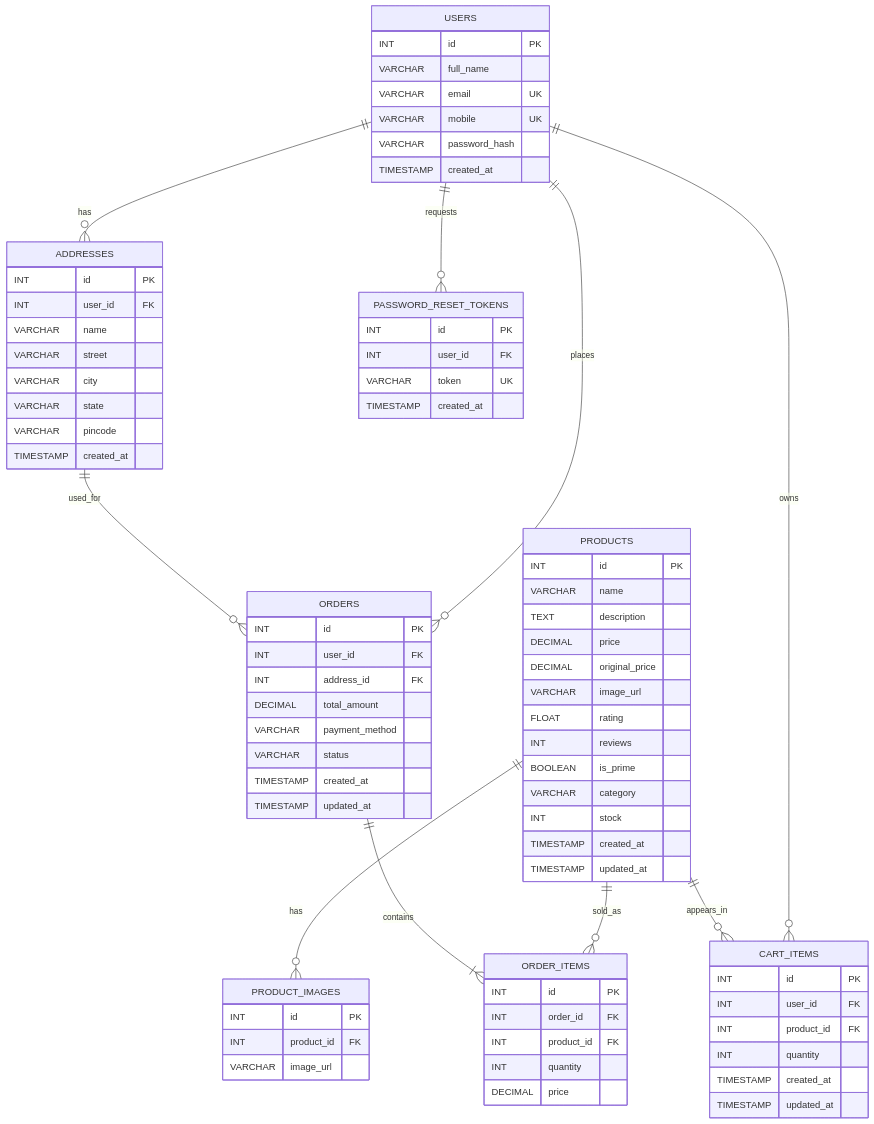
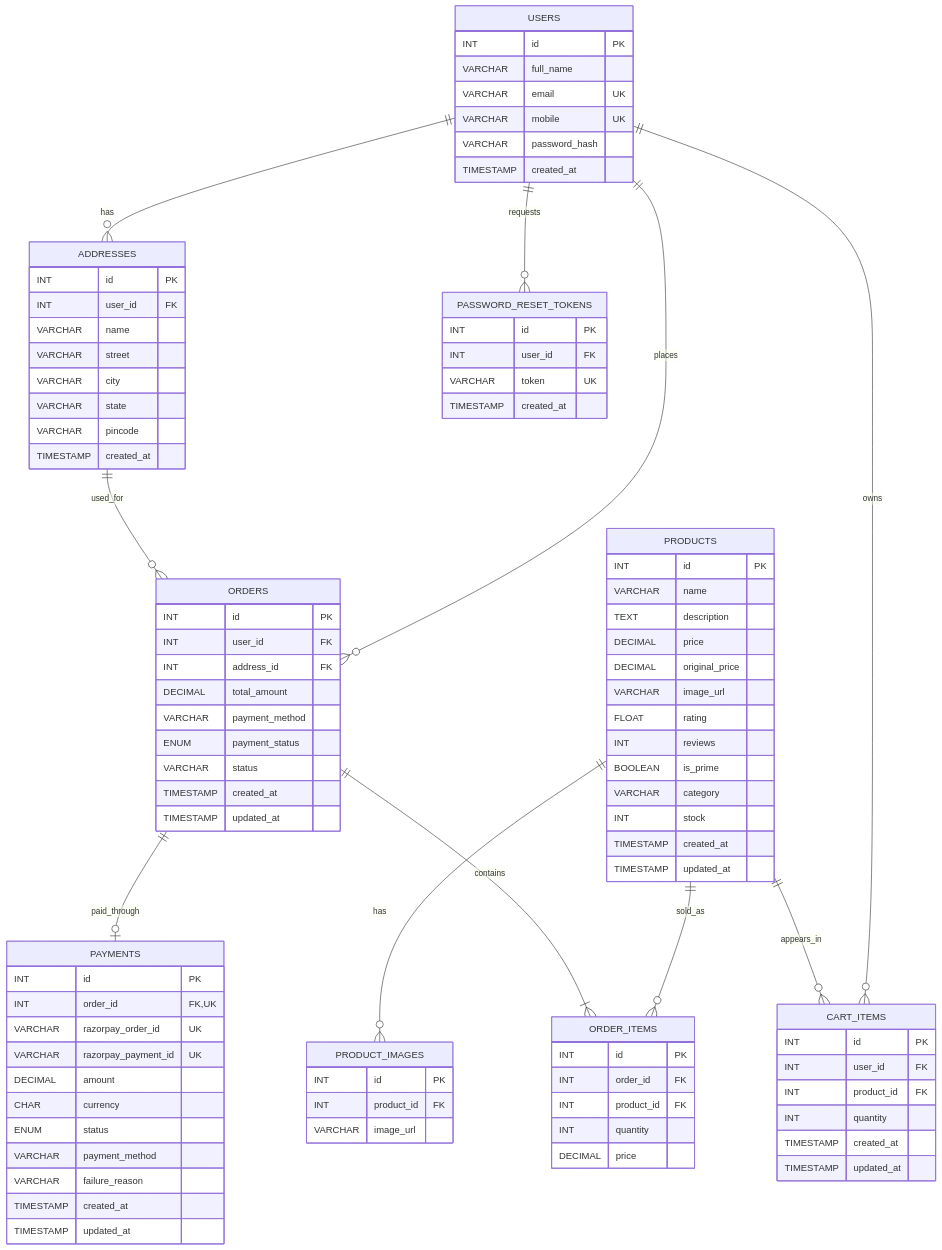
Before and after one commit to Debashish2005/Shopzi: the diagram in docs/er-diagram.md, drawn with Mermaid. The commit also changed other lines of this file and 12 other files, not shown here.

Commit message:
Add Razorpay test payment checkout

```diff
--- a/docs/er-diagram.md
+++ b/docs/er-diagram.md
@@ -11,6 +11,7 @@
     PRODUCTS ||--o{ ORDER_ITEMS : sold_as
     ADDRESSES ||--o{ ORDERS : used_for
     ORDERS ||--|{ ORDER_ITEMS : contains
+    ORDERS ||--o| PAYMENTS : paid_through
 
     USERS {
         INT id PK
@@ -69,6 +70,7 @@
         INT address_id FK
         DECIMAL total_amount
         VARCHAR payment_method
+        ENUM payment_status
         VARCHAR status
         TIMESTAMP created_at
         TIMESTAMP updated_at
@@ -82,6 +84,20 @@
         DECIMAL price
     }
 
+    PAYMENTS {
+        INT id PK
+        INT order_id FK,UK
+        VARCHAR razorpay_order_id UK
+        VARCHAR razorpay_payment_id UK
+        DECIMAL amount
+        CHAR currency
+        ENUM status
+        VARCHAR payment_method
+        VARCHAR failure_reason
+        TIMESTAMP created_at
+        TIMESTAMP updated_at
+    }
+
     PASSWORD_RESET_TOKENS {
         INT id PK
         INT user_id FK
```
